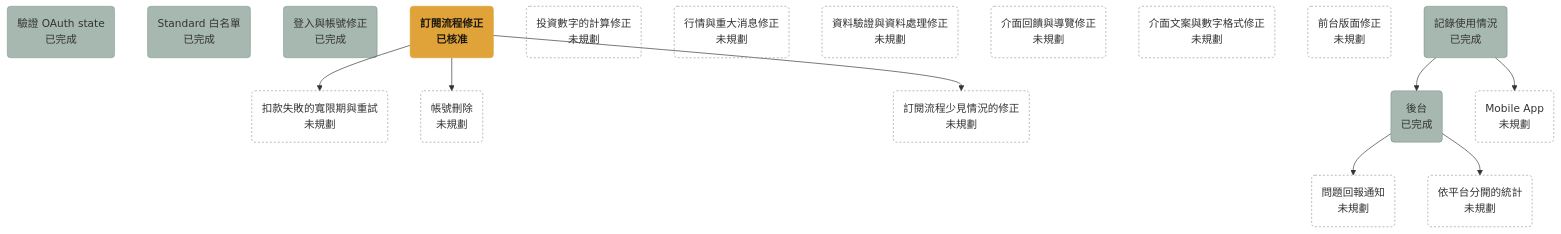
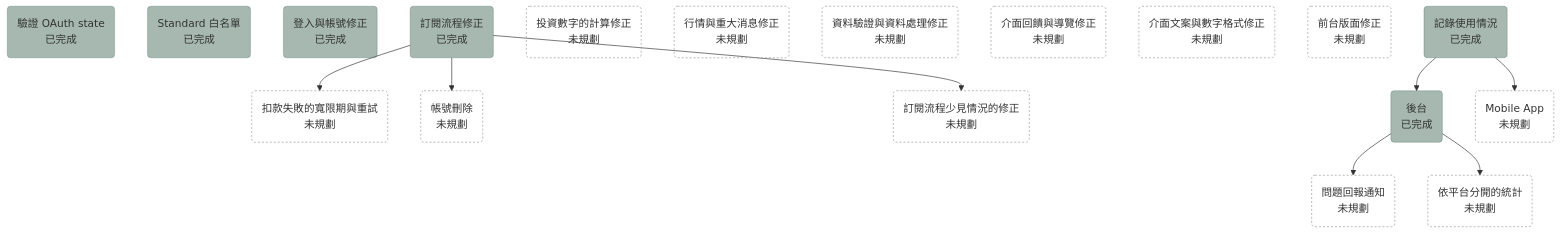
One commit to bingyangchen/taigu changed the diagram in docs/plans/roadmap.md. Above: the diagram before and after it, drawn with Mermaid. The commit also changed other lines of this file and 41 other files, not shown here.

Commit message:
[impl 0006] Fix the subscription flow (#237)

````diff
--- a/docs/plans/roadmap.md
+++ b/docs/plans/roadmap.md
@@ -7,31 +7,31 @@
 ```mermaid
 flowchart TD
   oauth_state_check("驗證 OAuth state<br/>已完成"):::done
   standard_whitelist("Standard 白名單<br/>已完成"):::done
   login_account_fixes("登入與帳號修正<br/>已完成"):::done
-  billing_fixes("訂閱流程修正<br/>已核准"):::approved
+  billing_fixes("訂閱流程修正<br/>已完成"):::done
   renewal_retry("扣款失敗的寬限期與重試<br/>未規劃"):::unplanned
   account_deletion("帳號刪除<br/>未規劃"):::unplanned
   billing_edge_case_fixes("訂閱流程少見情況的修正<br/>未規劃"):::unplanned
   calculation_fixes("投資數字的計算修正<br/>未規劃"):::unplanned
   market_data_fixes("行情與重大消息修正<br/>未規劃"):::unplanned
   data_fixes("資料驗證與資料處理修正<br/>未規劃"):::unplanned
   ui_feedback_fixes("介面回饋與導覽修正<br/>未規劃"):::unplanned
   copy_fixes("介面文案與數字格式修正<br/>未規劃"):::unplanned
   frontend_layout_fixes("前台版面修正<br/>未規劃"):::unplanned
   usage_recording("記錄使用情況<br/>已完成"):::done
   admin_console("後台<br/>已完成"):::done
   issue_report_notification("問題回報通知<br/>未規劃"):::unplanned
   per_platform_stats("依平台分開的統計<br/>未規劃"):::unplanned
   mobile_app("Mobile App<br/>未規劃"):::unplanned
   usage_recording --> admin_console
   usage_recording --> mobile_app
   admin_console --> issue_report_notification
   admin_console --> per_platform_stats
   billing_fixes --> renewal_retry
   billing_fixes --> account_deletion
   billing_fixes --> billing_edge_case_fixes
   classDef done fill:#4f726280,stroke:#4f726280
   classDef approved fill:#e0a33a,stroke:#e0a33a,color:#1f1a12,font-weight:bold
   classDef unplanned fill:none,stroke:#9a978f,stroke-dasharray:3 3
 ```
````
